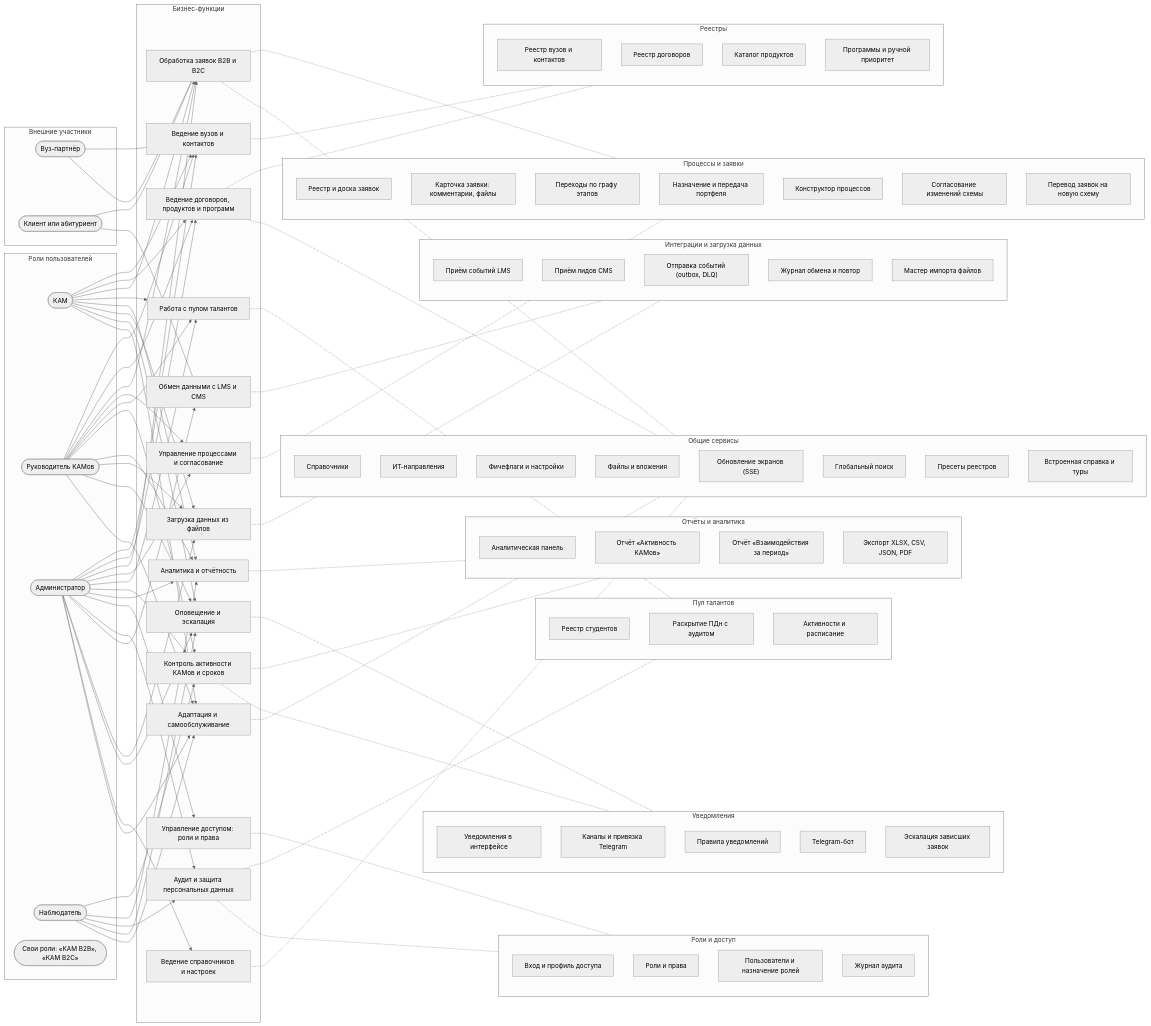
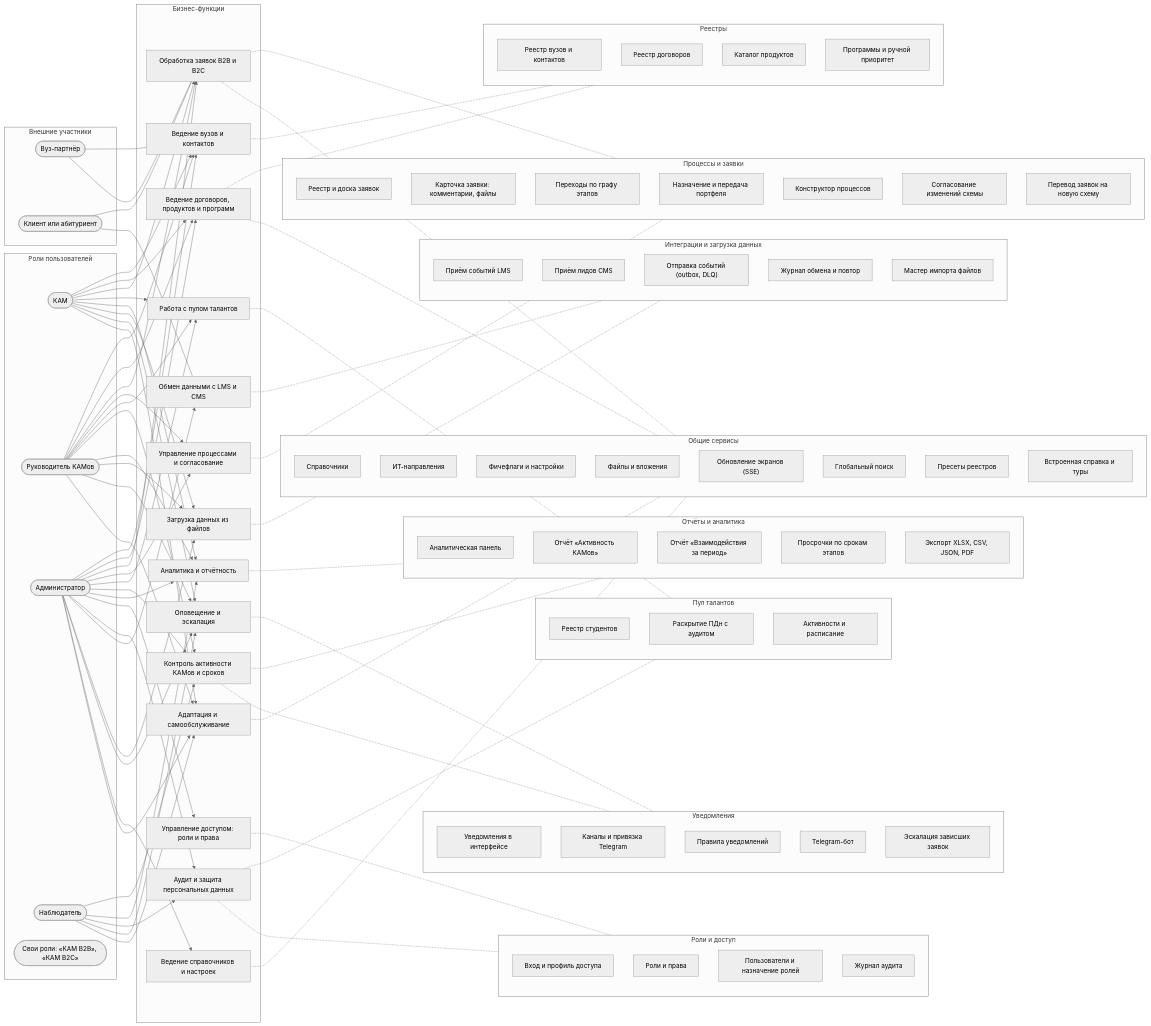
One commit to ilya2108/Collabse-LCT-Alma changed the first of 2 diagrams in docs/architecture/archi/README.md. Above: the diagram before and after it, drawn with Mermaid (neutral theme). The commit also changed other lines of this file and 31 other files, not shown here.

```diff
--- a/docs/architecture/archi/README.md
+++ b/docs/architecture/archi/README.md
@@ -188,6 +188,7 @@
         svc_dashboard["Аналитическая панель"]
         svc_kam_activity["Отчёт «Активность КАМов»"]
         svc_interactions["Отчёт «Взаимодействия за период»"]
+        svc_sla["Просрочки по срокам этапов"]
         svc_export["Экспорт XLSX, CSV, JSON, PDF"]
     end
     subgraph grp_svc_access["Роли и доступ"]
```
